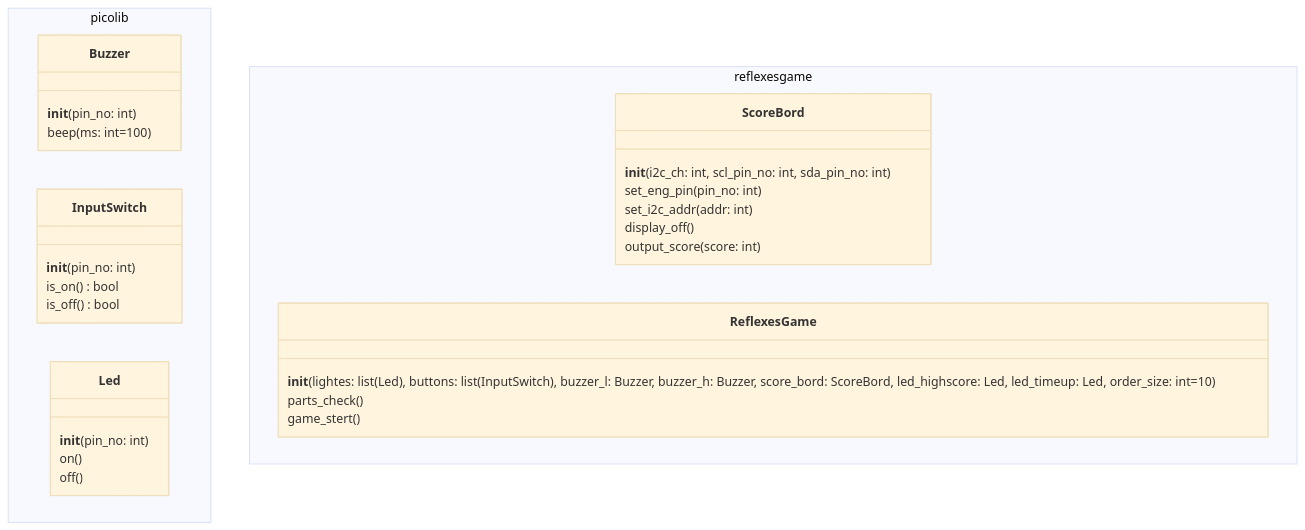
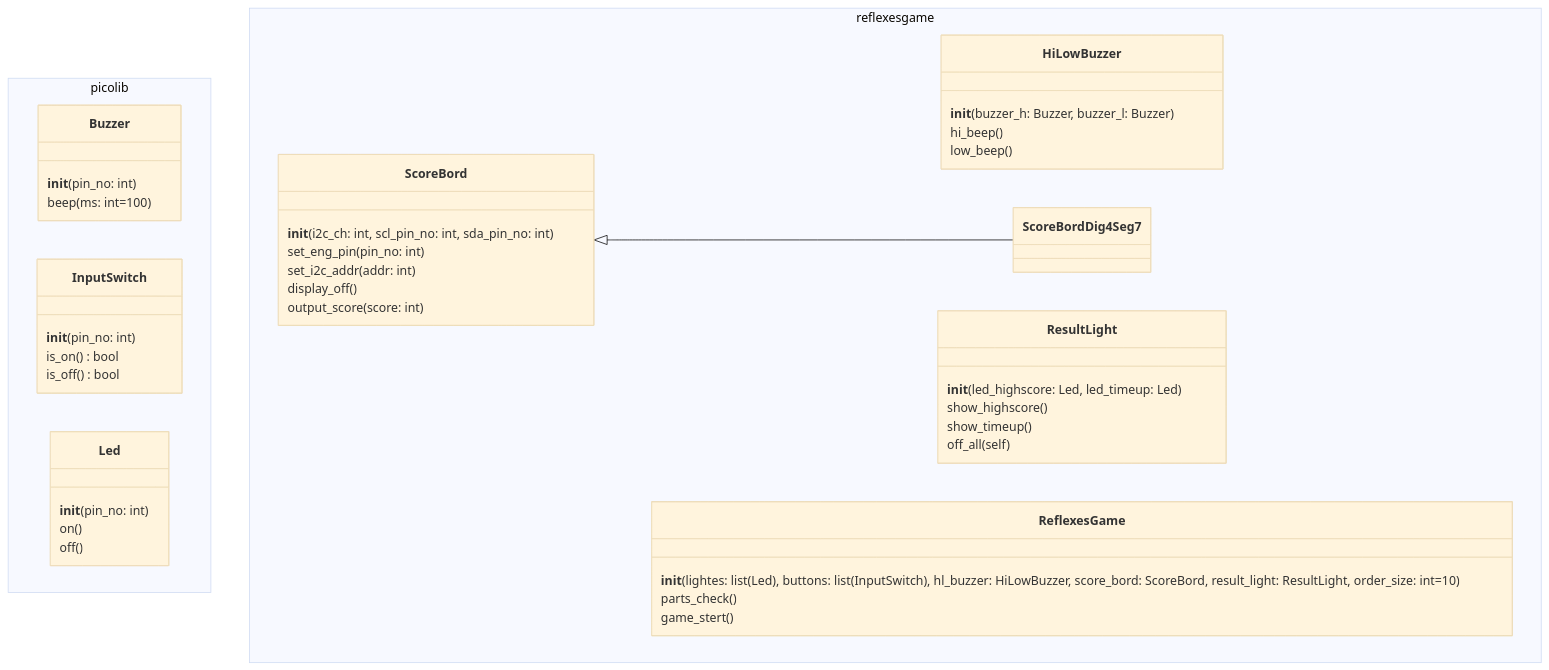
The diagram in ReflexesGame/note/src.md (ModokiSealsky/ElectronicWork), drawn with Mermaid (base theme) before and after one commit. The commit also changed other lines of this file, not shown here.

Commit message:
クラス図、誤植を修正。戻るリンクを追加。

````diff
--- a/ReflexesGame/note/src.md
+++ b/ReflexesGame/note/src.md
@@ -5,40 +5,57 @@
 ```mermaid
 classDiagram
 
 namespace picolib {
 
     class Buzzer {
         __init__(pin_no: int)
         beep(ms: int=100)
     }
 
     class InputSwitch{
         __init__(pin_no: int)
         is_on()  bool
         is_off()  bool
     }
 
     class Led{
         __init__(pin_no: int)
         on()
         off()
     }
 }
 
 namespace reflexesgame {
+    class HiLowBuzzer{
+        __init__(buzzer_h: Buzzer, buzzer_l: Buzzer)
+        hi_beep()
+        low_beep()
+    }
+
+    class ResultLight{
+        __init__(led_highscore: Led, led_timeup: Led)
+        show_highscore()
+        show_timeup()
+        off_all(self)
+    }
+
     class ScoreBord{
         __init__(i2c_ch: int, scl_pin_no: int, sda_pin_no: int)
         set_eng_pin(pin_no: int) 
         set_i2c_addr(addr: int)
         display_off()
         output_score(score: int)
     }
 
+    class ScoreBordDig4Seg7
+
     class ReflexesGame{
-        __init__(lightes: list(Led), buttons: list(InputSwitch), buzzer_l: Buzzer, buzzer_h: Buzzer, score_bord: ScoreBord, led_highscore: Led, led_timeup: Led, order_size: int=10)
+        __init__(lightes: list(Led), buttons: list(InputSwitch), hl_buzzer: HiLowBuzzer, score_bord: ScoreBord, result_light: ResultLight,  order_size: int=10)
         parts_check()
         game_stert()
     }
 }
 
+ScoreBord <|-- ScoreBordDig4Seg7
+
 ```
````
